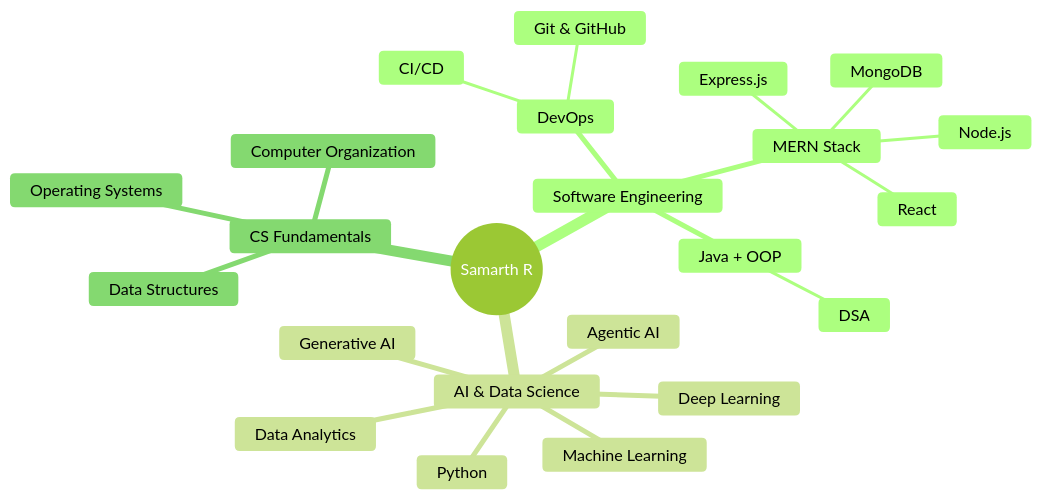
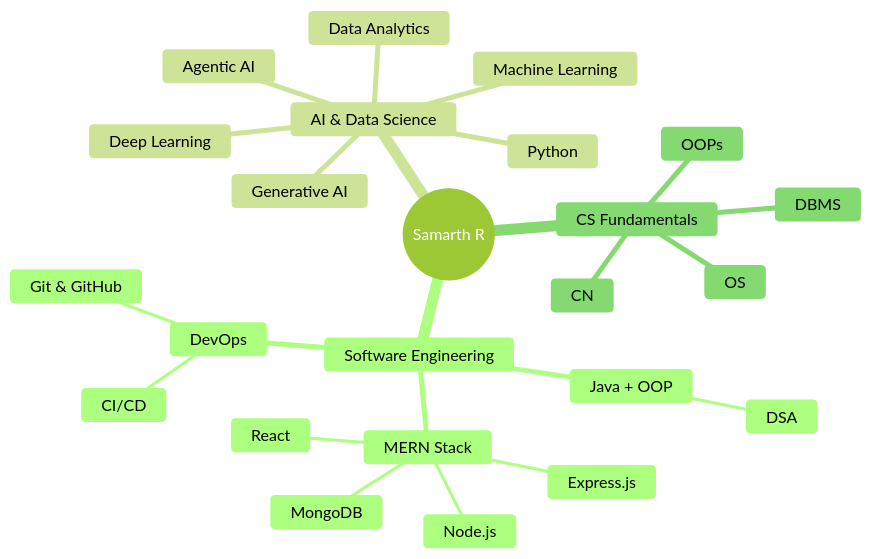
One commit to r-samarth/r-samarth changed the diagram in README.md. Above: the diagram before and after it, drawn with Mermaid (forest theme). The commit also changed other lines of this file, not shown here.

````diff
--- a/README.md
+++ b/README.md
@@ -124,26 +109,27 @@
 ```mermaid
 mindmap
   root((Samarth R))
     Software Engineering
       Java + OOP
         DSA
       MERN Stack
         React
         Node.js
         Express.js
         MongoDB
       DevOps
         Git & GitHub
         CI/CD
     AI & Data Science
       Python
       Data Analytics
       Machine Learning
       Deep Learning
       Generative AI
       Agentic AI
     CS Fundamentals
-      Data Structures
-      Computer Organization
-      Operating Systems
+      OOPs
+      OS
+      DBMS
+      CN
 ```
````
